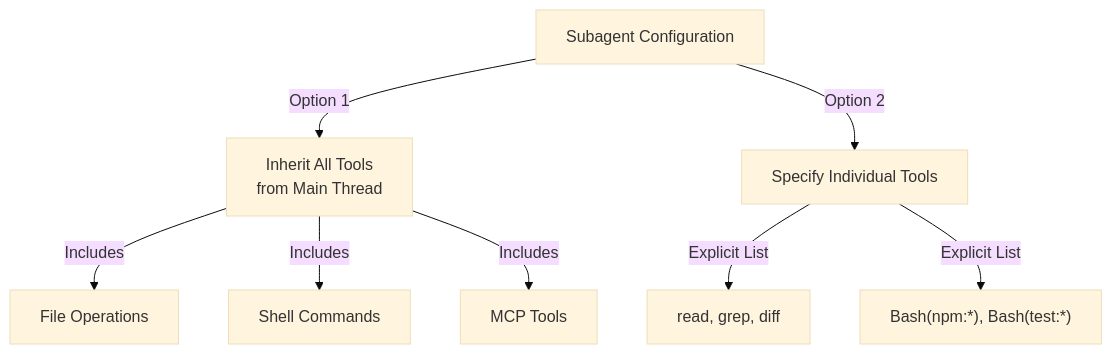
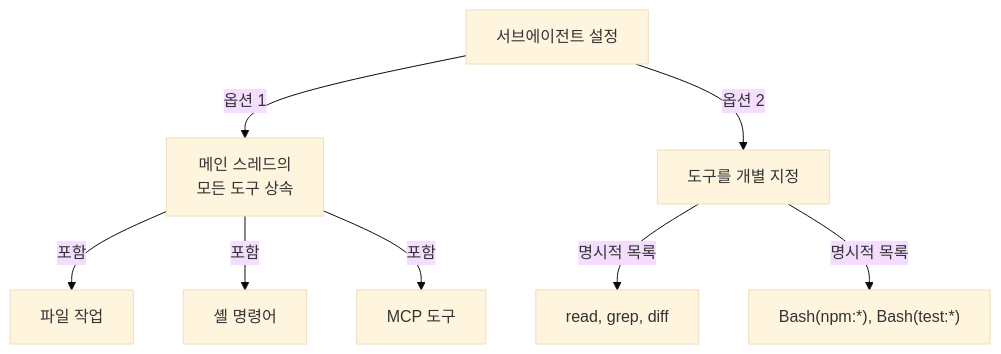
Before and after one commit to KIMDONGWHEE99/howkorean: the sixth of 31 diagrams in claude_concepts_guide.md, drawn with Mermaid (base theme). The commit also changed other lines of this file, not shown here.

````diff
--- a/claude_concepts_guide.md
+++ b/claude_concepts_guide.md
@@ -178,10 +178,10 @@
 ```mermaid
 graph TD
-    A["Subagent Configuration"] -->|Option 1| B["Inherit All Tools<br/>from Main Thread"]
-    A -->|Option 2| C["Specify Individual Tools"]
-    B -->|Includes| B1["File Operations"]
-    B -->|Includes| B2["Shell Commands"]
-    B -->|Includes| B3["MCP Tools"]
-    C -->|Explicit List| C1["read, grep, diff"]
-    C -->|Explicit List| C2["Bash(npm:*), Bash(test:*)"]
+    A["서브에이전트 설정"] -->|옵션 1| B["메인 스레드의<br/>모든 도구 상속"]
+    A -->|옵션 2| C["도구를 개별 지정"]
+    B -->|포함| B1["파일 작업"]
+    B -->|포함| B2["셸 명령어"]
+    B -->|포함| B3["MCP 도구"]
+    C -->|명시적 목록| C1["read, grep, diff"]
+    C -->|명시적 목록| C2["Bash(npm:*), Bash(test:*)"]
 ```
````
